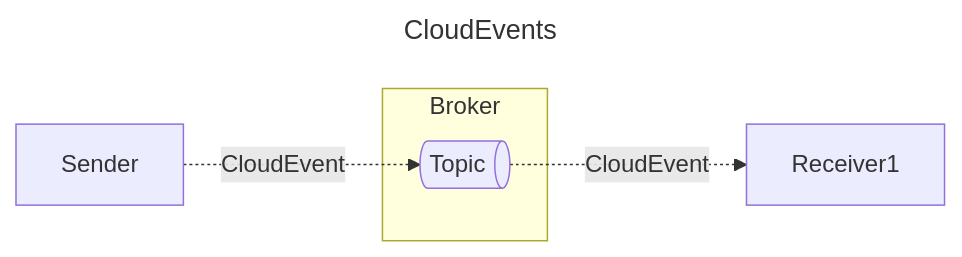
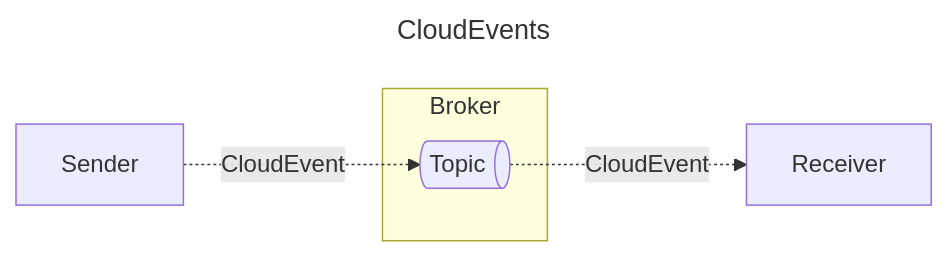
Before and after one commit to diagrid-labs/dapr-pub-sub-deep-dive: the diagram in .demo/slides/04-advanced/cloud-events-diagrams.md, drawn with Mermaid. The commit also changed other lines of this file and 2 other files, not shown here.

````diff
--- a/.demo/slides/04-advanced/cloud-events-diagrams.md
+++ b/.demo/slides/04-advanced/cloud-events-diagrams.md
@@ -6,15 +9,15 @@
 ```mermaid
 ---
 title: CloudEvents
 config:
   theme: light
 ---
 graph LR
     S[Sender]
     subgraph Broker
         T@{ shape: das, label: "Topic" }
     end
-    R[Receiver1]
+    R[Receiver]
     S -.->|"CloudEvent<Message>"| T
     T -.->|"CloudEvent<Message>"| R
 ```
````
